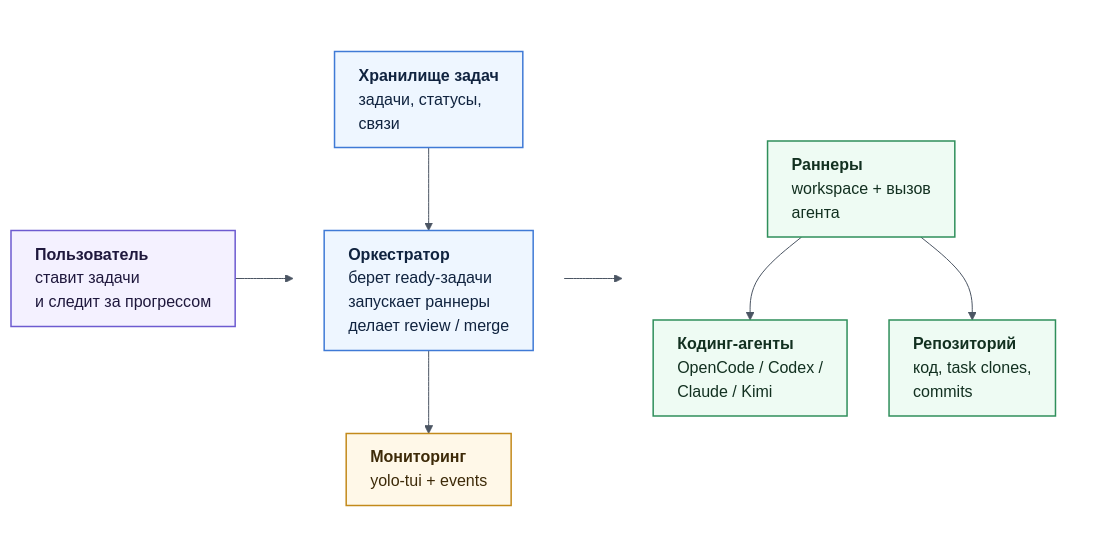
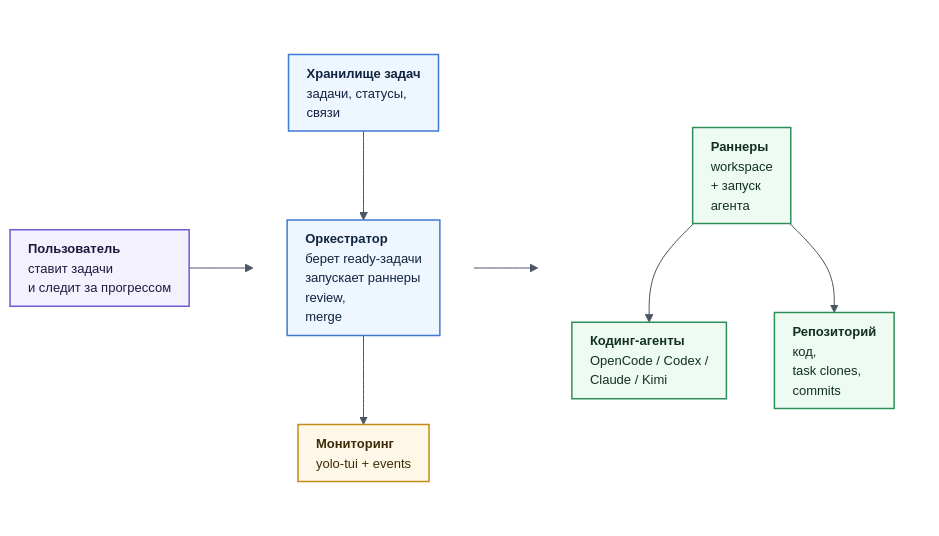
One commit to egv/yolo-runner changed the first of 7 diagrams in slides.md. Above: the diagram before and after it, drawn with Mermaid. The commit also changed other lines of this file and 1 other file, not shown here.

````diff
--- a/slides.md
+++ b/slides.md
@@ -380,39 +460,39 @@
 ```mermaid
-%%{init: {'theme': 'base', 'themeVariables': { 'fontFamily': 'Inter, ui-sans-serif, system-ui', 'fontSize': '16px', 'primaryColor': '#f0ecff', 'primaryTextColor': '#1f2937', 'primaryBorderColor': '#8a76e0', 'lineColor': '#4b5563', 'secondaryColor': '#eef5ff', 'tertiaryColor': '#eefaf2' }, 'flowchart': { 'htmlLabels': true, 'curve': 'basis', 'nodeSpacing': 42, 'rankSpacing': 58, 'padding': 12 } } }%%
+%%{init: {'theme': 'base', 'themeVariables': { 'fontFamily': 'Inter, ui-sans-serif, system-ui', 'fontSize': '13px', 'primaryColor': '#f0ecff', 'primaryTextColor': '#1f2937', 'primaryBorderColor': '#8a76e0', 'lineColor': '#4b5563', 'secondaryColor': '#eef5ff', 'tertiaryColor': '#eefaf2' }, 'flowchart': { 'htmlLabels': true, 'curve': 'basis', 'nodeSpacing': 48, 'rankSpacing': 64, 'padding': 9 } } }%%
 flowchart LR
   User["<div align='left'><b>Пользователь</b><br/>ставит задачи<br/>и следит за прогрессом</div>"]
 
   subgraph MainPath[" "]
     direction TB
     Storage["<div align='left'><b>Хранилище задач</b><br/>задачи, статусы,<br/>связи</div>"]
-    Orchestrator["<div align='left'><b>Оркестратор</b><br/>берет ready-задачи<br/>запускает раннеры<br/>делает review / merge</div>"]
+    Orchestrator["<div align='left'><b>Оркестратор</b><br/>берет ready-задачи<br/>запускает раннеры<br/>review,<br/>merge</div>"]
     Monitor["<div align='left'><b>Мониторинг</b><br/>yolo-tui + events</div>"]
 
     Storage --> Orchestrator --> Monitor
   end
 
   subgraph ExecPath[" "]
     direction TB
-    Runners["<div align='left'><b>Раннеры</b><br/>workspace + вызов<br/>агента</div>"]
+    Runners["<div align='left'><b>Раннеры</b><br/>workspace<br/>+ запуск<br/>агента</div>"]
     Agents["<div align='left'><b>Кодинг-агенты</b><br/>OpenCode / Codex /<br/>Claude / Kimi</div>"]
-    Repo["<div align='left'><b>Репозиторий</b><br/>код, task clones,<br/>commits</div>"]
+    Repo["<div align='left'><b>Репозиторий</b><br/>код,<br/>task clones,<br/>commits</div>"]
 
     Runners --> Agents
     Runners --> Repo
   end
 
   User --> Storage
   Orchestrator --> Runners
 
   classDef user fill:#f4f1ff,stroke:#6d5bd0,stroke-width:1.5px,color:#1f183d;
   classDef core fill:#eef6ff,stroke:#3f7ad6,stroke-width:1.5px,color:#10233f;
   classDef runtime fill:#eefbf3,stroke:#2f8f5b,stroke-width:1.5px,color:#123020;
   classDef support fill:#fff8e8,stroke:#c38a1b,stroke-width:1.5px,color:#3d2a08;
 
   class User user;
   class Storage,Orchestrator core;
   class Runners,Agents,Repo runtime;
   class Monitor support;
   style MainPath fill:transparent,stroke:transparent;
   style ExecPath fill:transparent,stroke:transparent;
 ```
````
